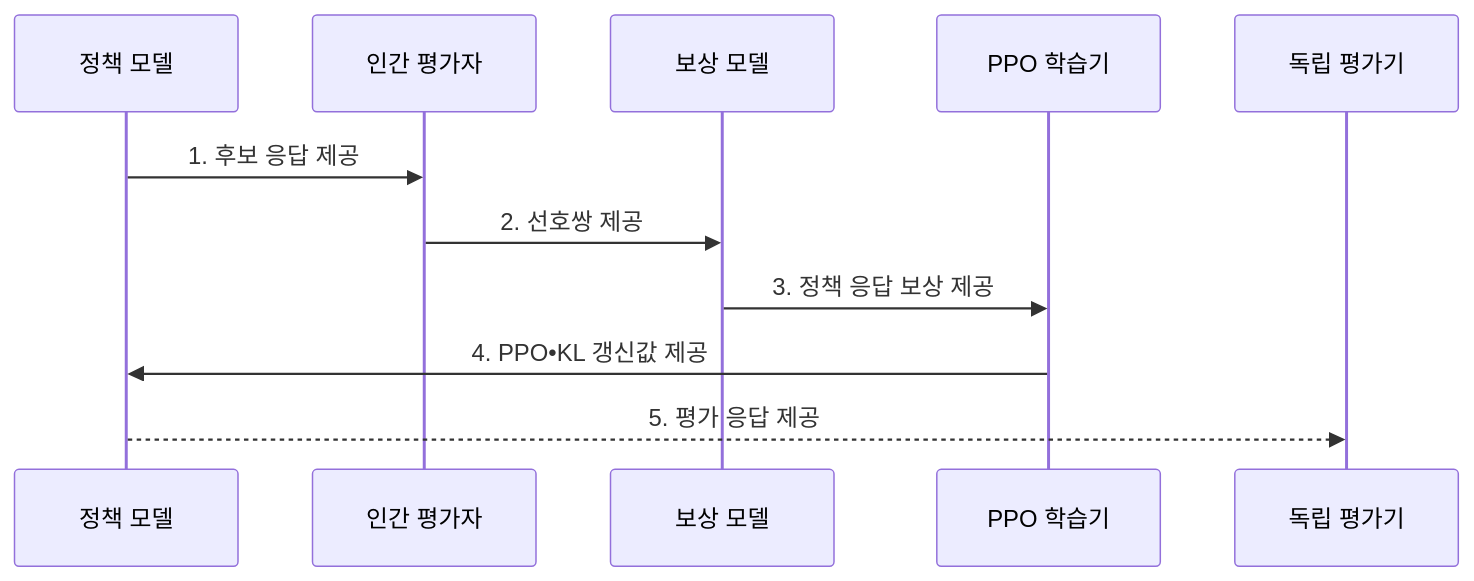
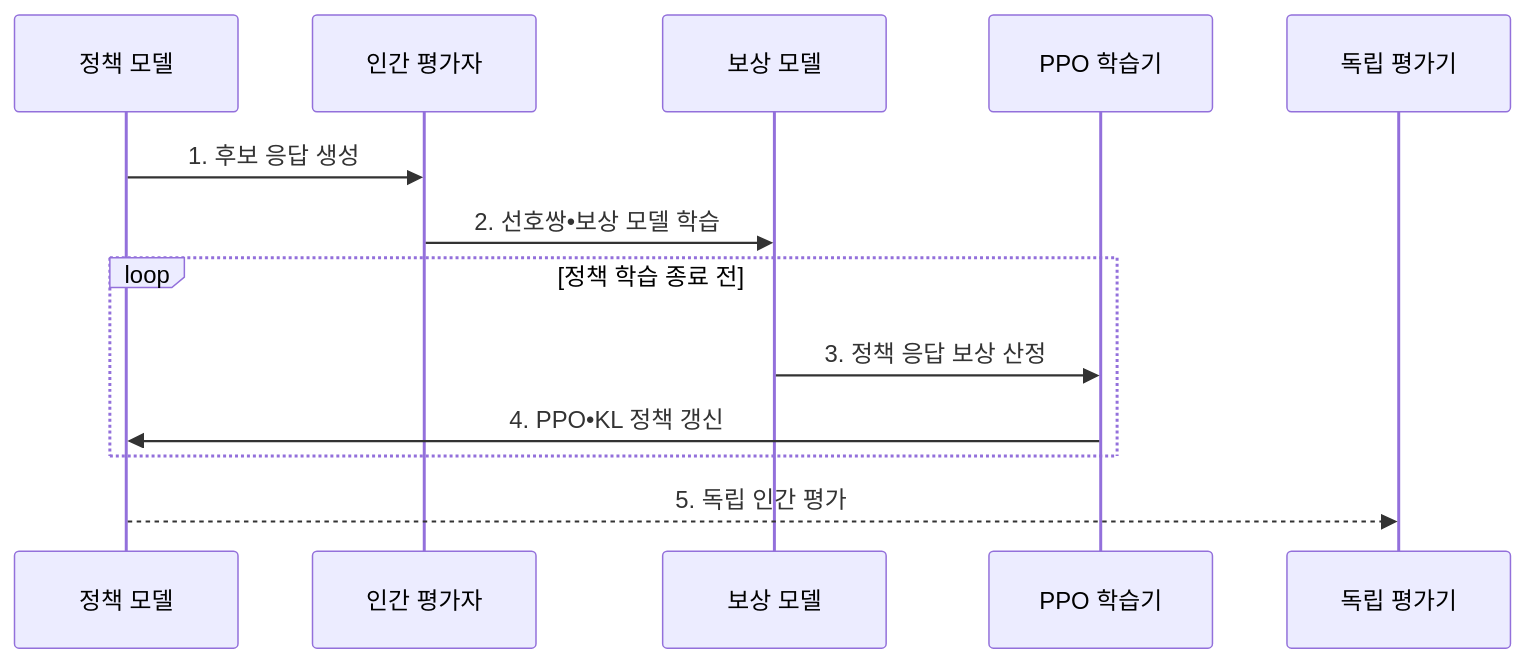
The second of 2 diagrams in src/content/docs/notes/08-latest-tech/065_reinforcement_learning_from_human_feedback.md (agnusdei1207/knowledge-base), drawn with Mermaid before and after one commit. The commit also changed other lines of this file and 17 other files, not shown here.

````diff
--- a/src/content/docs/notes/08-latest-tech/065_reinforcement_learning_from_human_feedback.md
+++ b/src/content/docs/notes/08-latest-tech/065_reinforcement_learning_from_human_feedback.md
@@ -106,13 +106,15 @@
 ```mermaid
 sequenceDiagram
     participant M as 정책 모델
     participant H as 인간 평가자
     participant R as 보상 모델
     participant P as PPO 학습기
     participant E as 독립 평가기
-    M->>H: 1. 후보 응답 제공
-    H->>R: 2. 선호쌍 제공
-    R->>P: 3. 정책 응답 보상 제공
-    P->>M: 4. PPO•KL 갱신값 제공
-    M-->>E: 5. 평가 응답 제공
+    M->>H: 1. 후보 응답 생성
+    H->>R: 2. 선호쌍•보상 모델 학습
+    loop 정책 학습 종료 전
+        R->>P: 3. 정책 응답 보상 산정
+        P->>M: 4. PPO•KL 정책 갱신
+    end
+    M-->>E: 5. 독립 인간 평가
 ```
````
